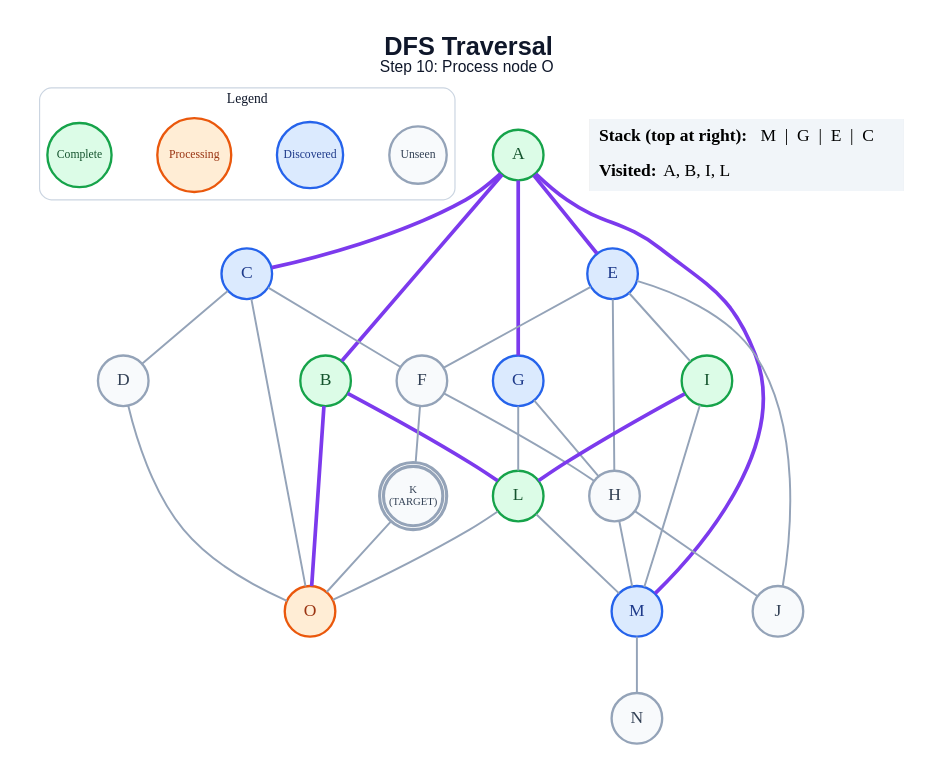
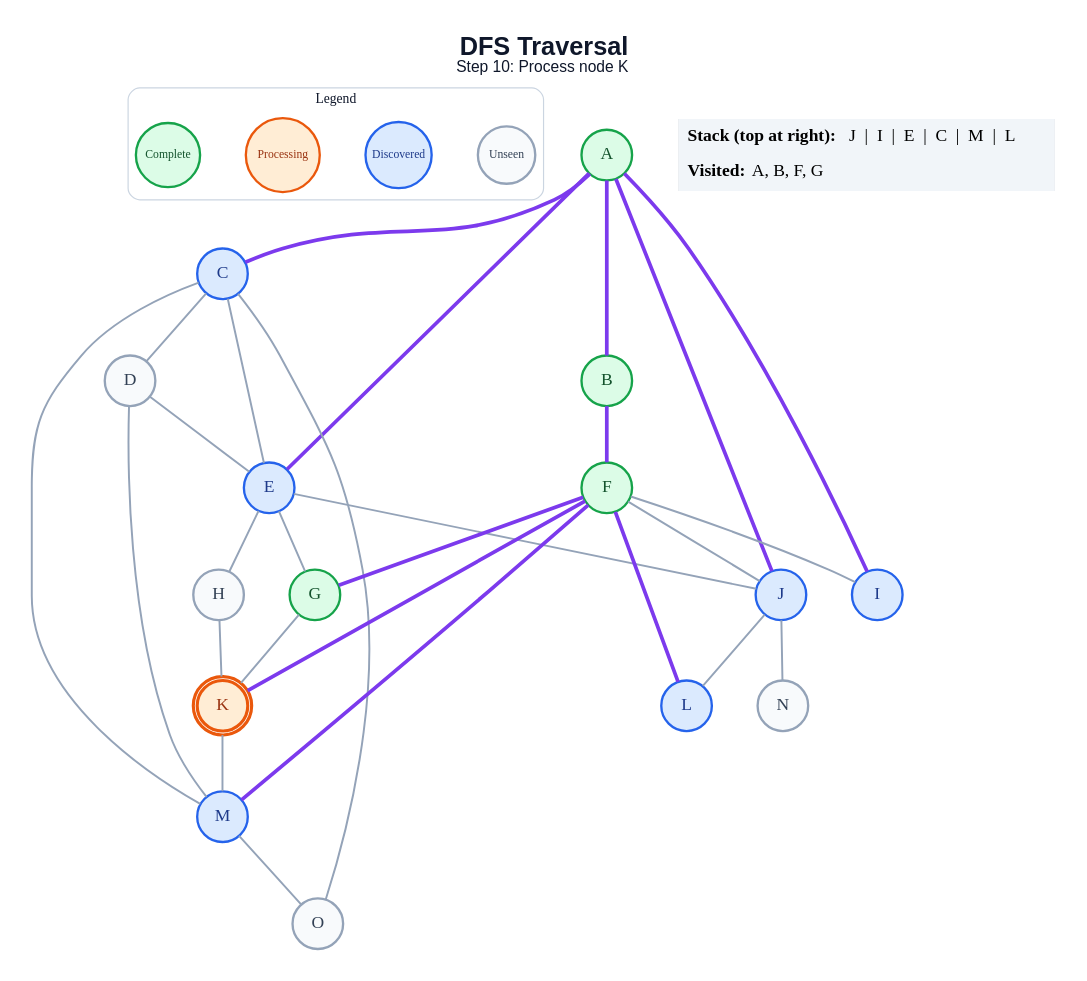
One commit to anon7238593-create/ai-slop changed the diagram in generated/dfs/step_10.dot. Above: the diagram before and after it, drawn with Graphviz. The commit also changed 278 other files, not shown here.

```diff
--- a/generated/dfs/step_10.dot
+++ b/generated/dfs/step_10.dot
@@ -1,61 +1,61 @@
 graph traversal {
   graph [layout=dot, rankdir=TB, bgcolor="#FFFFFF", pad="0.35", nodesep="0.65", ranksep="0.8", fontname="Arial"];
   node [shape=circle, style="filled", fontname="Arial Bold", fontsize=18, width=0.72, fixedsize=true, penwidth=2.4];
   edge [color="#94A3B8", penwidth=2.0];
-  label=<<B>DFS Traversal</B><BR/><FONT POINT-SIZE="16">Step 10: Process node O</FONT>>; labelloc="t"; fontsize=26; fontname="Arial"; fontcolor="#0F172A";
+  label=<<B>DFS Traversal</B><BR/><FONT POINT-SIZE="16">Step 10: Process node K</FONT>>; labelloc="t"; fontsize=26; fontname="Arial"; fontcolor="#0F172A";
   subgraph cluster_legend { label="Legend"; color="#CBD5E1"; penwidth=1.2; style="rounded"; fontsize=14; fontname="Arial Bold";
     key_unseen [label="Unseen", fillcolor="#F8FAFC", color="#94A3B8", fontcolor="#334155", fontsize=12, width=0.82];
     key_frontier [label="Discovered", fillcolor="#DBEAFE", color="#2563EB", fontcolor="#1E3A8A", fontsize=12, width=0.95];
     key_current [label="Processing", fillcolor="#FFEDD5", color="#EA580C", fontcolor="#9A3412", fontsize=12, width=1.05];
     key_done [label="Complete", fillcolor="#DCFCE7", color="#16A34A", fontcolor="#14532D", fontsize=12, width=0.92];
     { rank=same; key_unseen; key_frontier; key_current; key_done; }
   }
   A [label="A", fillcolor="#DCFCE7", color="#16A34A", fontcolor="#14532D", peripheries=1, penwidth=2.4];
   B [label="B", fillcolor="#DCFCE7", color="#16A34A", fontcolor="#14532D", peripheries=1, penwidth=2.4];
   C [label="C", fillcolor="#DBEAFE", color="#2563EB", fontcolor="#1E3A8A", peripheries=1, penwidth=2.4];
   D [label="D", fillcolor="#F8FAFC", color="#94A3B8", fontcolor="#334155", peripheries=1, penwidth=2.4];
   E [label="E", fillcolor="#DBEAFE", color="#2563EB", fontcolor="#1E3A8A", peripheries=1, penwidth=2.4];
-  F [label="F", fillcolor="#F8FAFC", color="#94A3B8", fontcolor="#334155", peripheries=1, penwidth=2.4];
-  G [label="G", fillcolor="#DBEAFE", color="#2563EB", fontcolor="#1E3A8A", peripheries=1, penwidth=2.4];
+  F [label="F", fillcolor="#DCFCE7", color="#16A34A", fontcolor="#14532D", peripheries=1, penwidth=2.4];
+  G [label="G", fillcolor="#DCFCE7", color="#16A34A", fontcolor="#14532D", peripheries=1, penwidth=2.4];
   H [label="H", fillcolor="#F8FAFC", color="#94A3B8", fontcolor="#334155", peripheries=1, penwidth=2.4];
-  I [label="I", fillcolor="#DCFCE7", color="#16A34A", fontcolor="#14532D", peripheries=1, penwidth=2.4];
-  J [label="J", fillcolor="#F8FAFC", color="#94A3B8", fontcolor="#334155", peripheries=1, penwidth=2.4];
-  K [label="K\n(TARGET)", fillcolor="#F8FAFC", color="#94A3B8", fontcolor="#334155", peripheries=2, penwidth=3.2, fontsize=11, width=0.85, height=0.85];
-  L [label="L", fillcolor="#DCFCE7", color="#16A34A", fontcolor="#14532D", peripheries=1, penwidth=2.4];
+  I [label="I", fillcolor="#DBEAFE", color="#2563EB", fontcolor="#1E3A8A", peripheries=1, penwidth=2.4];
+  J [label="J", fillcolor="#DBEAFE", color="#2563EB", fontcolor="#1E3A8A", peripheries=1, penwidth=2.4];
+  K [label="K", fillcolor="#FFEDD5", color="#EA580C", fontcolor="#9A3412", peripheries=2, penwidth=3.2];
+  L [label="L", fillcolor="#DBEAFE", color="#2563EB", fontcolor="#1E3A8A", peripheries=1, penwidth=2.4];
   M [label="M", fillcolor="#DBEAFE", color="#2563EB", fontcolor="#1E3A8A", peripheries=1, penwidth=2.4];
   N [label="N", fillcolor="#F8FAFC", color="#94A3B8", fontcolor="#334155", peripheries=1, penwidth=2.4];
-  O [label="O", fillcolor="#FFEDD5", color="#EA580C", fontcolor="#9A3412", peripheries=1, penwidth=2.4];
+  O [label="O", fillcolor="#F8FAFC", color="#94A3B8", fontcolor="#334155", peripheries=1, penwidth=2.4];
   A -- B [color="#7C3AED", penwidth=3.8];
   A -- C [color="#7C3AED", penwidth=3.8];
   A -- E [color="#7C3AED", penwidth=3.8];
-  A -- G [color="#7C3AED", penwidth=3.8];
-  A -- M [color="#7C3AED", penwidth=3.8];
-  B -- L [color="#7C3AED", penwidth=3.8];
-  B -- O [color="#7C3AED", penwidth=3.8];
+  A -- I [color="#7C3AED", penwidth=3.8];
+  A -- J [color="#7C3AED", penwidth=3.8];
+  B -- F [color="#7C3AED", penwidth=3.8];
   C -- D;
-  C -- F;
+  C -- E;
+  C -- M;
   C -- O;
-  D -- O;
-  E -- F;
+  D -- E;
+  D -- M;
+  E -- G;
   E -- H;
-  E -- I;
   E -- J;
-  F -- H;
-  F -- K;
-  G -- H;
-  G -- L;
-  H -- J;
-  H -- M;
-  I -- L [color="#7C3AED", penwidth=3.8];
-  I -- M;
-  K -- O;
-  L -- M;
-  L -- O;
-  M -- N;
+  F -- G [color="#7C3AED", penwidth=3.8];
+  F -- I;
+  F -- J;
+  F -- K [color="#7C3AED", penwidth=3.8];
+  F -- L [color="#7C3AED", penwidth=3.8];
+  F -- M [color="#7C3AED", penwidth=3.8];
+  G -- K;
+  H -- K;
+  J -- L;
+  J -- N;
+  K -- M;
+  M -- O;
   status [shape=plain, fixedsize=false, width=0, height=0, margin=0, label=<
     <TABLE BORDER="0" CELLBORDER="0" CELLPADDING="7" BGCOLOR="#F1F5F9">
-      <TR><TD ALIGN="LEFT"><B>Stack (top at right):</B> M  |  G  |  E  |  C</TD></TR>
-      <TR><TD ALIGN="LEFT"><B>Visited:</B> A, B, I, L</TD></TR>
+      <TR><TD ALIGN="LEFT"><B>Stack (top at right):</B> J  |  I  |  E  |  C  |  M  |  L</TD></TR>
+      <TR><TD ALIGN="LEFT"><B>Visited:</B> A, B, F, G</TD></TR>
     </TABLE>
   >];
 }
```
